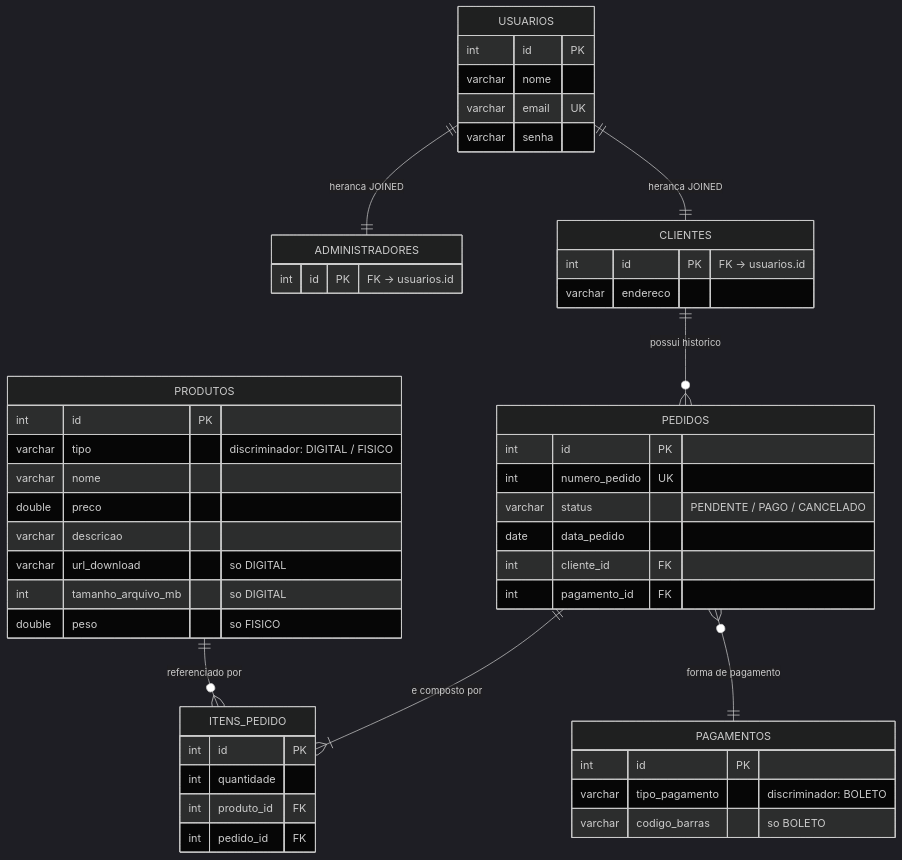
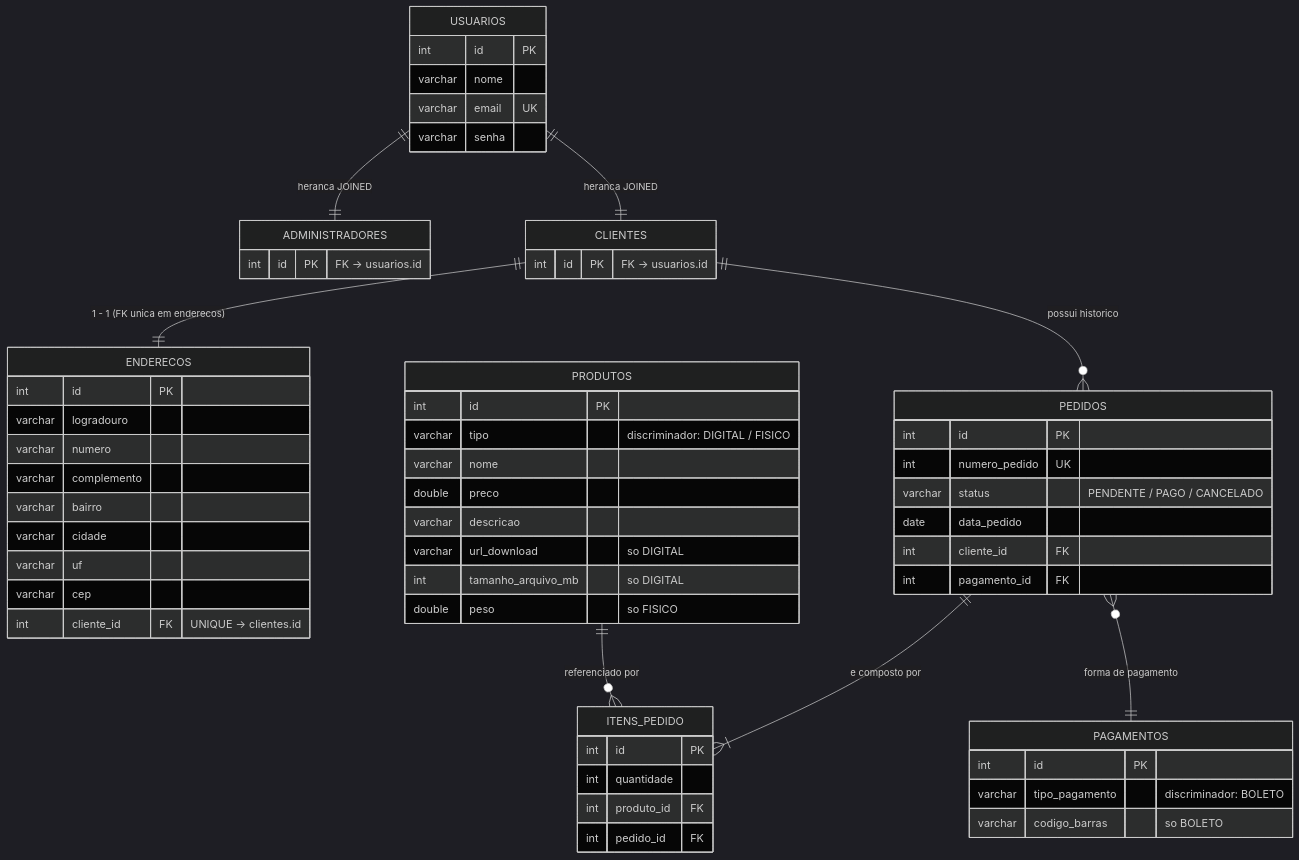
Before and after one commit to gabrii3lmao/Exercicios-Java-IFPI: the diagram in Exercicio-Loja/docs/mapeamento-banco.md, drawn with Mermaid (dark theme). The commit also changed other lines of this file and 5 other files, not shown here.

````diff
--- a/Exercicio-Loja/docs/mapeamento-banco.md
+++ b/Exercicio-Loja/docs/mapeamento-banco.md
@@ -29,52 +29,63 @@
 ```mermaid
 erDiagram
     USUARIOS ||--|| ADMINISTRADORES : "heranca JOINED"
     USUARIOS ||--|| CLIENTES : "heranca JOINED"
+    CLIENTES ||--|| ENDERECOS : "1 - 1 (FK unica em enderecos)"
     CLIENTES ||--o{ PEDIDOS : "possui historico"
     PEDIDOS ||--|{ ITENS_PEDIDO : "e composto por"
     PRODUTOS ||--o{ ITENS_PEDIDO : "referenciado por"
     PEDIDOS }o--|| PAGAMENTOS : "forma de pagamento"
 
     USUARIOS {
         int id PK
         varchar nome
         varchar email UK
         varchar senha
     }
     ADMINISTRADORES {
         int id PK "FK -> usuarios.id"
     }
     CLIENTES {
         int id PK "FK -> usuarios.id"
-        varchar endereco
+    }
+    ENDERECOS {
+        int id PK
+        varchar logradouro
+        varchar numero
+        varchar complemento
+        varchar bairro
+        varchar cidade
+        varchar uf
+        varchar cep
+        int cliente_id FK "UNIQUE -> clientes.id"
     }
     PRODUTOS {
         int id PK
         varchar tipo "discriminador: DIGITAL / FISICO"
         varchar nome
         double preco
         varchar descricao
         varchar url_download "so DIGITAL"
         int tamanho_arquivo_mb "so DIGITAL"
         double peso "so FISICO"
     }
     PEDIDOS {
         int id PK
         int numero_pedido UK
         varchar status "PENDENTE / PAGO / CANCELADO"
         date data_pedido
         int cliente_id FK
         int pagamento_id FK
     }
     ITENS_PEDIDO {
         int id PK
         int quantidade
         int produto_id FK
         int pedido_id FK
     }
     PAGAMENTOS {
         int id PK
         varchar tipo_pagamento "discriminador: BOLETO"
         varchar codigo_barras "so BOLETO"
     }
 ```
````
